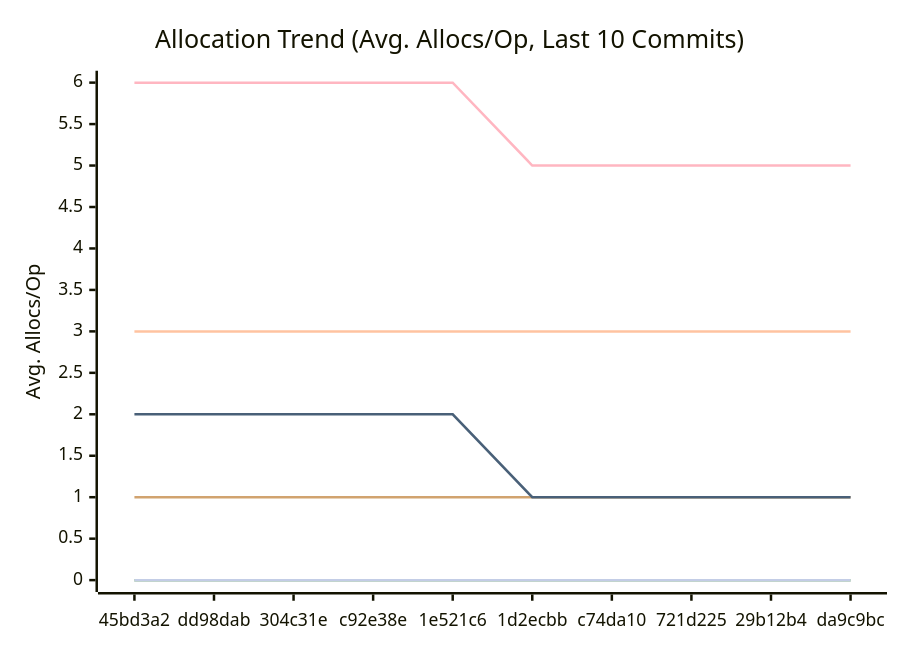
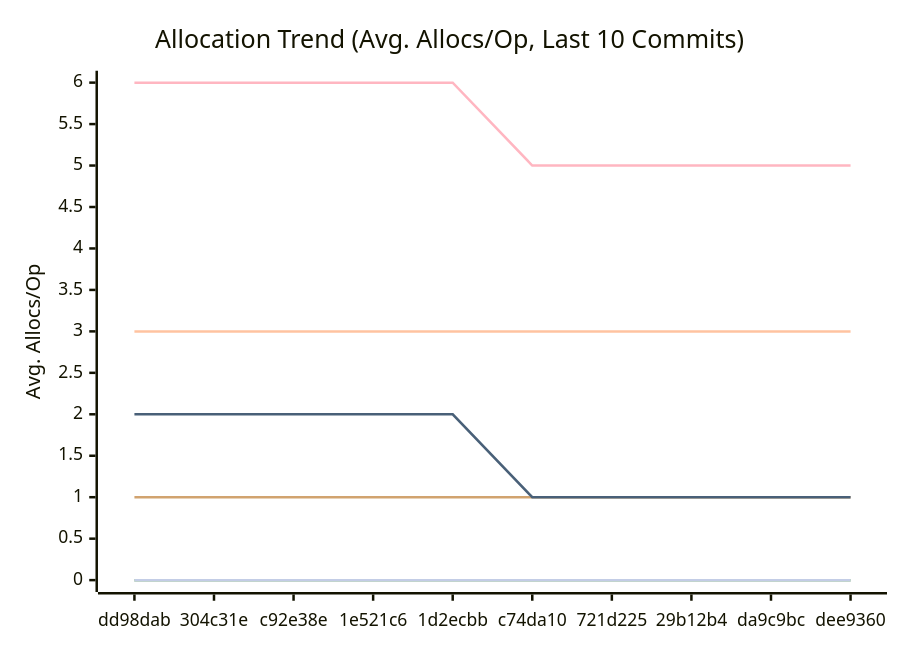
One commit to alsotoes/momo changed the third of 3 diagrams in docs/PERFORMANCE.md. Above: the diagram before and after it, drawn with Mermaid. The commit also changed other lines of this file and 3 other files, not shown here.

````diff
--- a/docs/PERFORMANCE.md
+++ b/docs/PERFORMANCE.md
@@ -114,16 +114,16 @@
 ```mermaid
 xychart-beta
     title "Allocation Trend (Avg. Allocs/Op, Last 10 Commits)"
     x-axis "Commit"
     y-axis "Avg. Allocs/Op"
-    x-axis [45bd3a2,dd98dab,304c31e,c92e38e,1e521c6,1d2ecbb,c74da10,721d225,29b12b4,da9c9bc]
+    x-axis [dd98dab,304c31e,c92e38e,1e521c6,1d2ecbb,c74da10,721d225,29b12b4,da9c9bc,dee9360]
     line "CheckMetricsAndSwap" [0,0,0,0,0,0,0,0,0,0]
     line "CrushOptimized" [0,0,0,0,0,0,0,0,0,0]
     line "CrushOriginal" [3,3,3,3,3,3,3,3,3,3]
     line "IndexDirectTracking" [0,0,0,0,0,0,0,0,0,0]
     line "IndexSearch" [0,0,0,0,0,0,0,0,0,0]
     line "LoadGlobalConfig" [1,1,1,1,1,1,1,1,1,1]
     line "PadString" [0,0,0,0,0,0,0,0,0,0]
     line "ParseReplicationOrder_NoPrealloc" [6,6,6,6,6,5,5,5,5,5]
     line "ParseReplicationOrder_Prealloc" [2,2,2,2,2,1,1,1,1,1]
 ```
````
